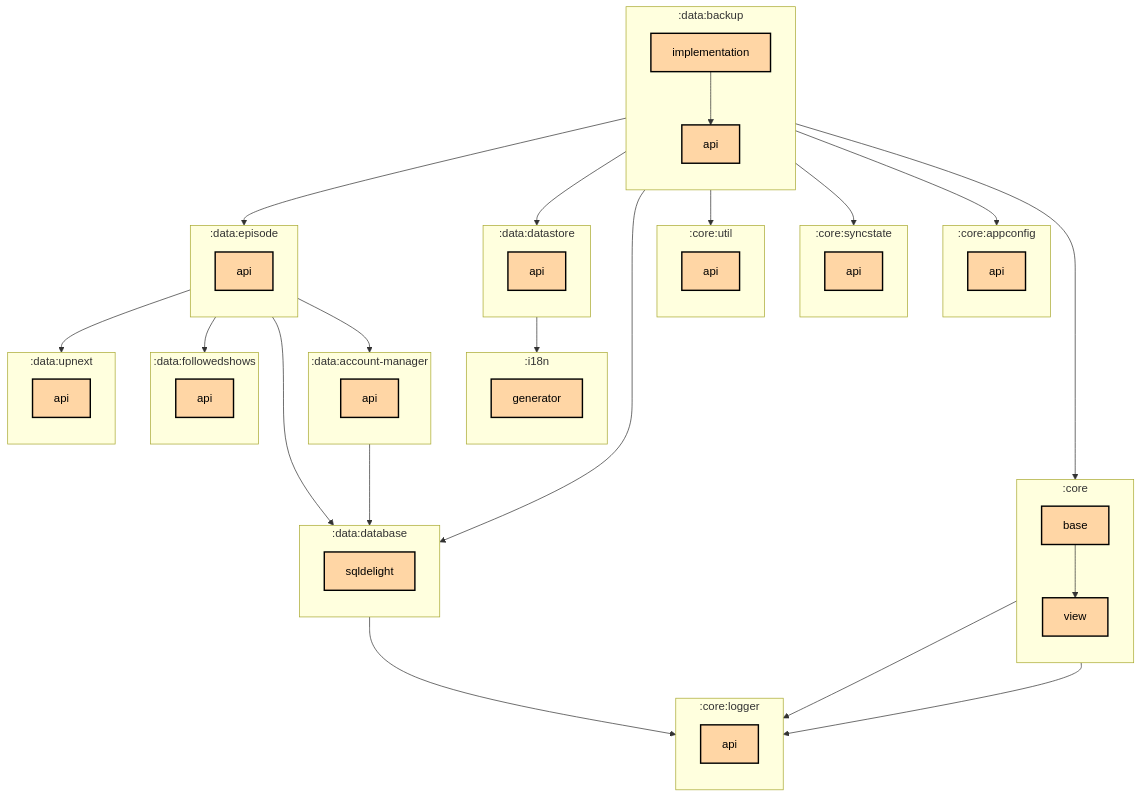
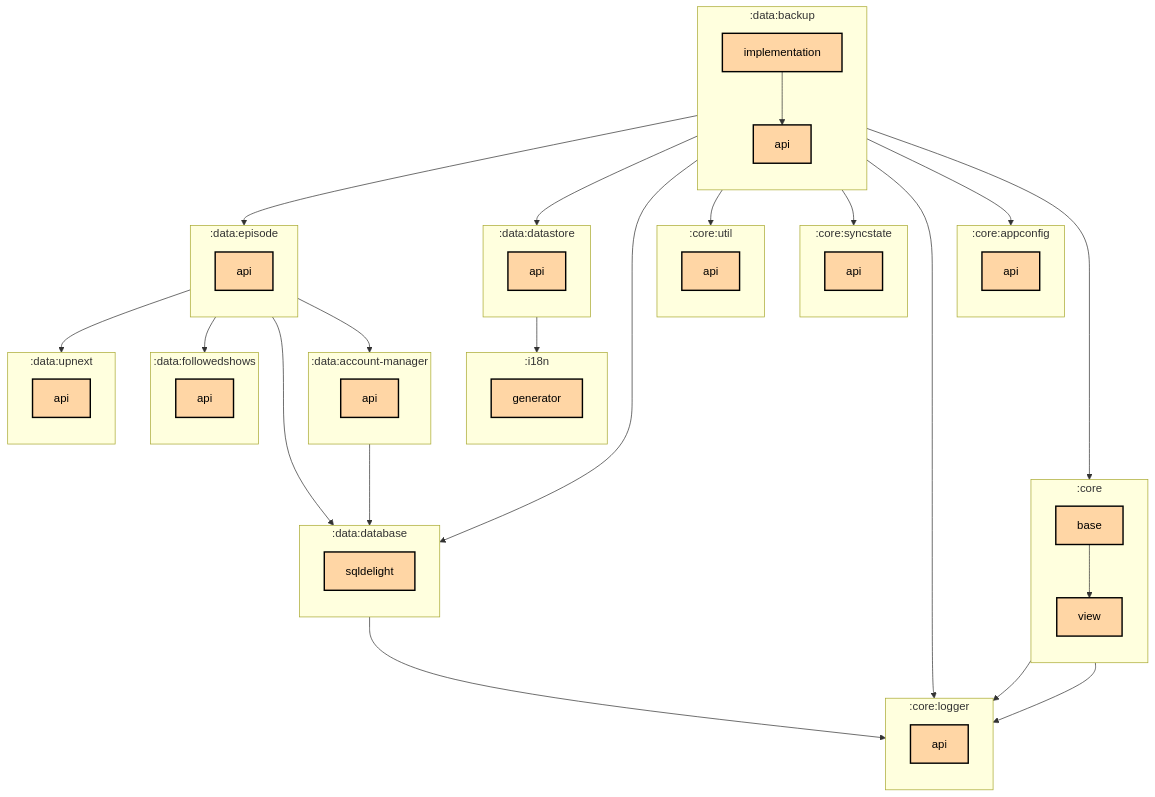
The first of 2 diagrams in data/backup/implementation/README.md (thomaskioko/tv-maniac), drawn with Mermaid before and after one commit. The commit also changed 3 other files, not shown here.

Commit message:
Update the generated module graphs

```diff
--- a/data/backup/implementation/README.md
+++ b/data/backup/implementation/README.md
@@ -66,6 +66,7 @@
   :data:account-manager:api --> :data:database:sqldelight
   :data:backup:implementation --> :core:appconfig:api
   :data:backup:implementation --> :core:base
+  :data:backup:implementation --> :core:logger:api
   :data:backup:implementation --> :core:syncstate:api
   :data:backup:implementation --> :core:util:api
   :data:backup:implementation --> :data:backup:api
```
